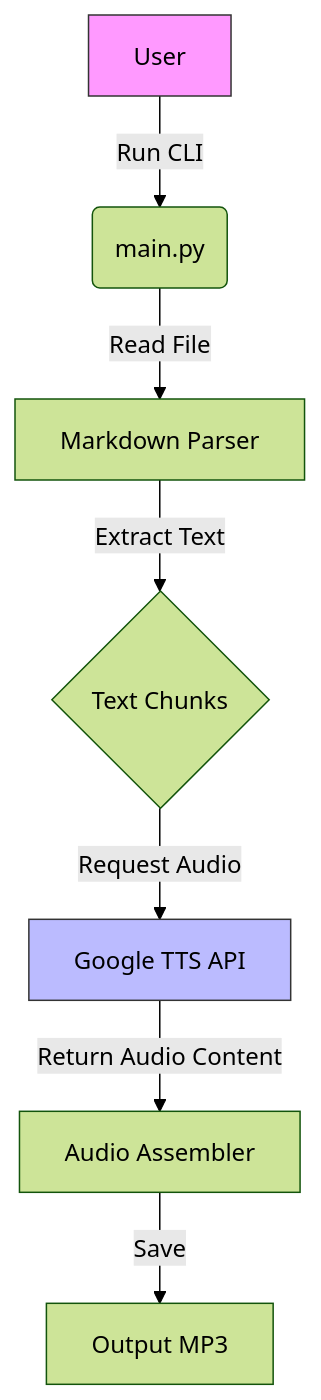
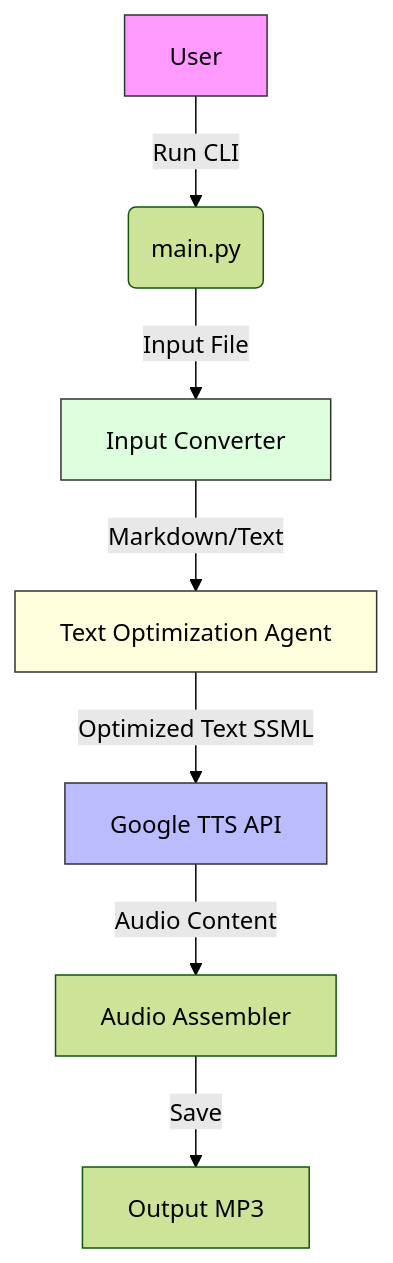
The diagram in docs/architecture/tts-flow.mmd (andre-amorim/tts-ou), drawn with Mermaid (forest theme) before and after one commit. The commit also changed 12 other files, not shown here.

Commit message:
feat: add multi-format input support and AI text optimization

```diff
--- a/docs/architecture/tts-flow.mmd
+++ b/docs/architecture/tts-flow.mmd
@@ -1,10 +1,12 @@
 graph TD
     A[User] -->|Run CLI| B(main.py)
-    B -->|Read File| C[Markdown Parser]
-    C -->|Extract Text| D{Text Chunks}
-    D -->|Request Audio| E[Google TTS API]
-    E -->|Return Audio Content| F[Audio Assembler]
+    B -->|Input File| C[Input Converter]
+    C -->|Markdown/Text| D[Text Optimization Agent]
+    D -->|Optimized Text SSML| E[Google TTS API]
+    E -->|Audio Content| F[Audio Assembler]
     F -->|Save| G[Output MP3]
     
     style A fill:#f9f,stroke:#333
+    style C fill:#dfd,stroke:#333
+    style D fill:#ffd,stroke:#333
     style E fill:#bbf,stroke:#333
```
